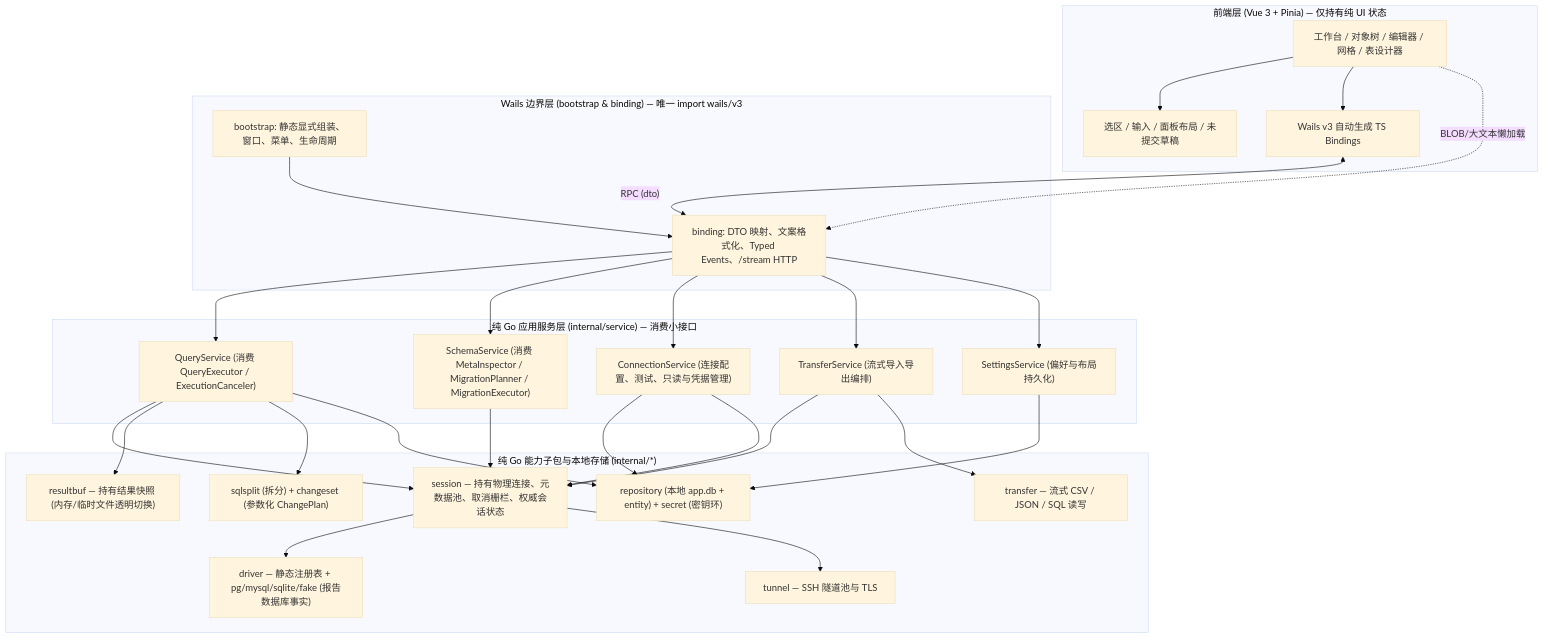
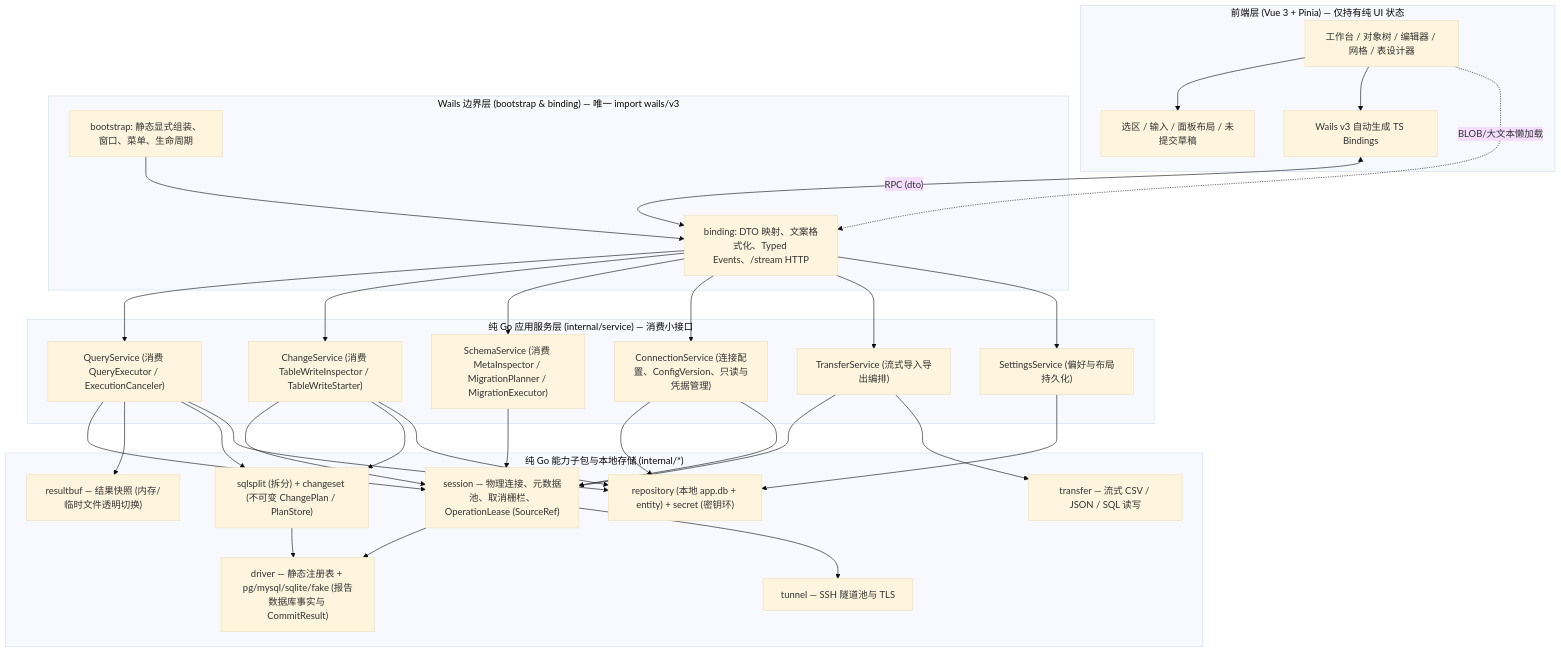
The diagram in docs/01-system-architecture.md (AlexMeiko/hesper), drawn with Mermaid (base theme) before and after one commit. The commit also changed other lines of this file and 3 other files, not shown here.

````diff
--- a/docs/01-system-architecture.md
+++ b/docs/01-system-architecture.md
@@ -65,57 +66,63 @@
 ```mermaid
 flowchart TD
     subgraph UI["前端层 (Vue 3 + Pinia) — 仅持有纯 UI 状态"]
         Views["工作台 / 对象树 / 编辑器 / 网格 / 表设计器"]
         UIState["选区 / 输入 / 面板布局 / 未提交草稿"]
         TSBindings["Wails v3 自动生成 TS Bindings"]
     end
 
     subgraph Boundary["Wails 边界层 (bootstrap & binding) — 唯一 import wails/v3"]
         Bootstrap["bootstrap: 静态显式组装、窗口、菜单、生命周期"]
         Binding["binding: DTO 映射、文案格式化、Typed Events、/stream HTTP"]
     end
 
     subgraph AppSvc["纯 Go 应用服务层 (internal/service) — 消费小接口"]
         QuerySvc["QueryService (消费 QueryExecutor / ExecutionCanceler)"]
+        ChangeSvc["ChangeService (消费 TableWriteInspector / TableWriteStarter)"]
         SchemaSvc["SchemaService (消费 MetaInspector / MigrationPlanner / MigrationExecutor)"]
-        ConnSvc["ConnectionService (连接配置、测试、只读与凭据管理)"]
+        ConnSvc["ConnectionService (连接配置、ConfigVersion、只读与凭据管理)"]
         TransferSvc["TransferService (流式导入导出编排)"]
         SettingsSvc["SettingsService (偏好与布局持久化)"]
     end
 
     subgraph Core["纯 Go 能力子包与本地存储 (internal/*)"]
-        Session["session — 持有物理连接、元数据池、取消栅栏、权威会话状态"]
-        ResultBuf["resultbuf — 持有结果快照 (内存/临时文件透明切换)"]
-        Driver["driver — 静态注册表 + pg/mysql/sqlite/fake (报告数据库事实)"]
+        Session["session — 物理连接、元数据池、取消栅栏、OperationLease (SourceRef)"]
+        ResultBuf["resultbuf — 结果快照 (内存/临时文件透明切换)"]
+        Driver["driver — 静态注册表 + pg/mysql/sqlite/fake (报告数据库事实与 CommitResult)"]
         Tunnel["tunnel — SSH 隧道池与 TLS"]
-        SQLTools["sqlsplit (拆分) + changeset (参数化 ChangePlan)"]
+        SQLTools["sqlsplit (拆分) + changeset (不可变 ChangePlan / PlanStore)"]
         Transfer["transfer — 流式 CSV / JSON / SQL 读写"]
         Repo["repository (本地 app.db + entity) + secret (密钥环)"]
     end
 
     Views --> UIState
     Views --> TSBindings
     TSBindings <-->|"RPC (dto)"| Binding
     Views -.->|"BLOB/大文本懒加载"| Binding
 
     Bootstrap --> Binding
     Binding --> QuerySvc
+    Binding --> ChangeSvc
     Binding --> SchemaSvc
     Binding --> ConnSvc
     Binding --> TransferSvc
     Binding --> SettingsSvc
 
     QuerySvc --> Session
     QuerySvc --> ResultBuf
     QuerySvc --> SQLTools
     QuerySvc --> Repo
+    ChangeSvc --> Session
+    ChangeSvc --> SQLTools
+    ChangeSvc --> Repo
     SchemaSvc --> Session
     ConnSvc --> Repo
     ConnSvc --> Session
     TransferSvc --> Session
     TransferSvc --> Transfer
     SettingsSvc --> Repo
 
     Session --> Driver
     Session --> Tunnel
+    SQLTools --> Driver
 ```
````
